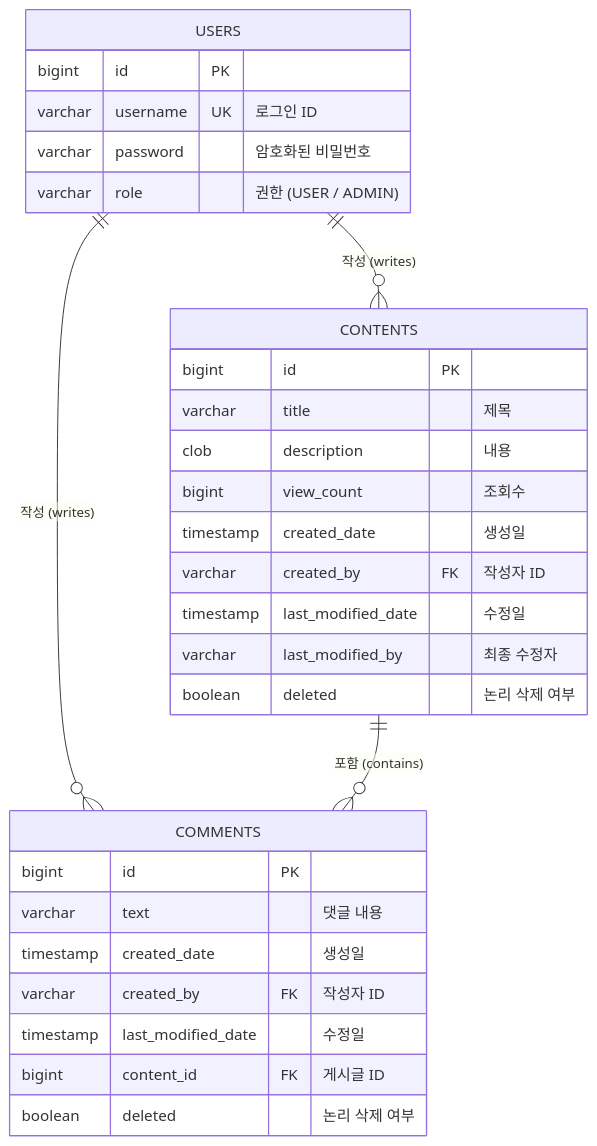
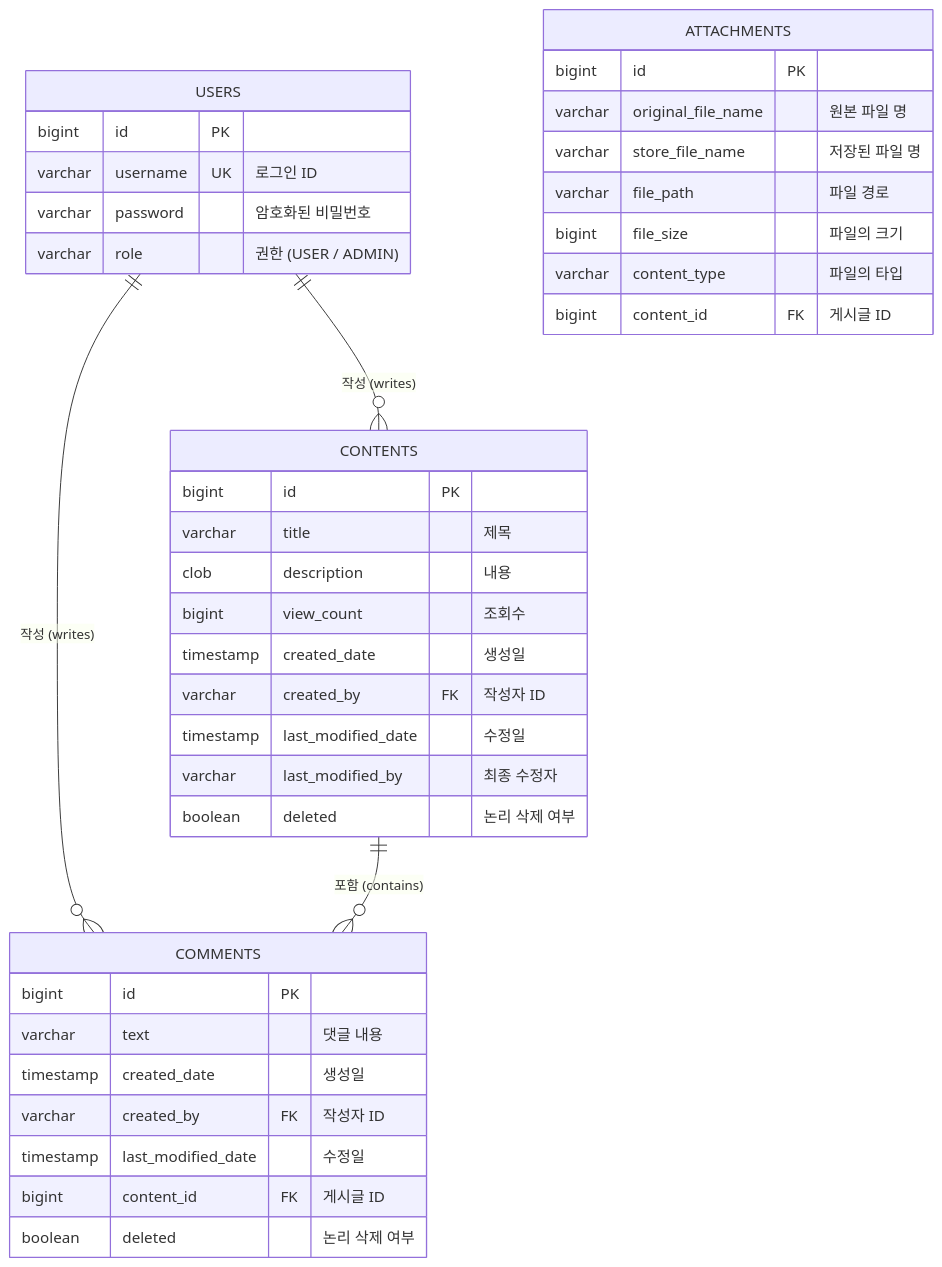
The diagram in README.md (Yongseok-2/MALGN_test), drawn with Mermaid before and after one commit. The commit also changed other lines of this file, not shown here.

````diff
--- a/README.md
+++ b/README.md
@@ -19,35 +19,45 @@
 ```mermaid
 erDiagram
     USERS ||--o{ CONTENTS : "작성 (writes)"
     USERS ||--o{ COMMENTS : "작성 (writes)"
     CONTENTS ||--o{ COMMENTS : "포함 (contains)"
 
     USERS {
         bigint id PK
         varchar username UK "로그인 ID"
         varchar password "암호화된 비밀번호"
         varchar role "권한 (USER / ADMIN)"
     }
 
     CONTENTS {
         bigint id PK
         varchar title "제목"
         clob description "내용"
         bigint view_count "조회수"
         timestamp created_date "생성일"
         varchar created_by FK "작성자 ID"
         timestamp last_modified_date "수정일"
         varchar last_modified_by "최종 수정자"
         boolean deleted "논리 삭제 여부"
     }
 
     COMMENTS {
         bigint id PK
         varchar text "댓글 내용"
         timestamp created_date "생성일"
         varchar created_by FK "작성자 ID"
         timestamp last_modified_date "수정일"
         bigint content_id FK "게시글 ID"
         boolean deleted "논리 삭제 여부"
     }
+
+    ATTACHMENTS {
+            bigint id PK
+            varchar original_file_name "원본 파일 명"
+            varchar store_file_name "저장된 파일 명"
+            varchar file_path "파일 경로"
+            bigint file_size "파일의 크기"
+            varchar content_type "파일의 타입"
+            bigint content_id FK "게시글 ID"
+        }
 ```
````
